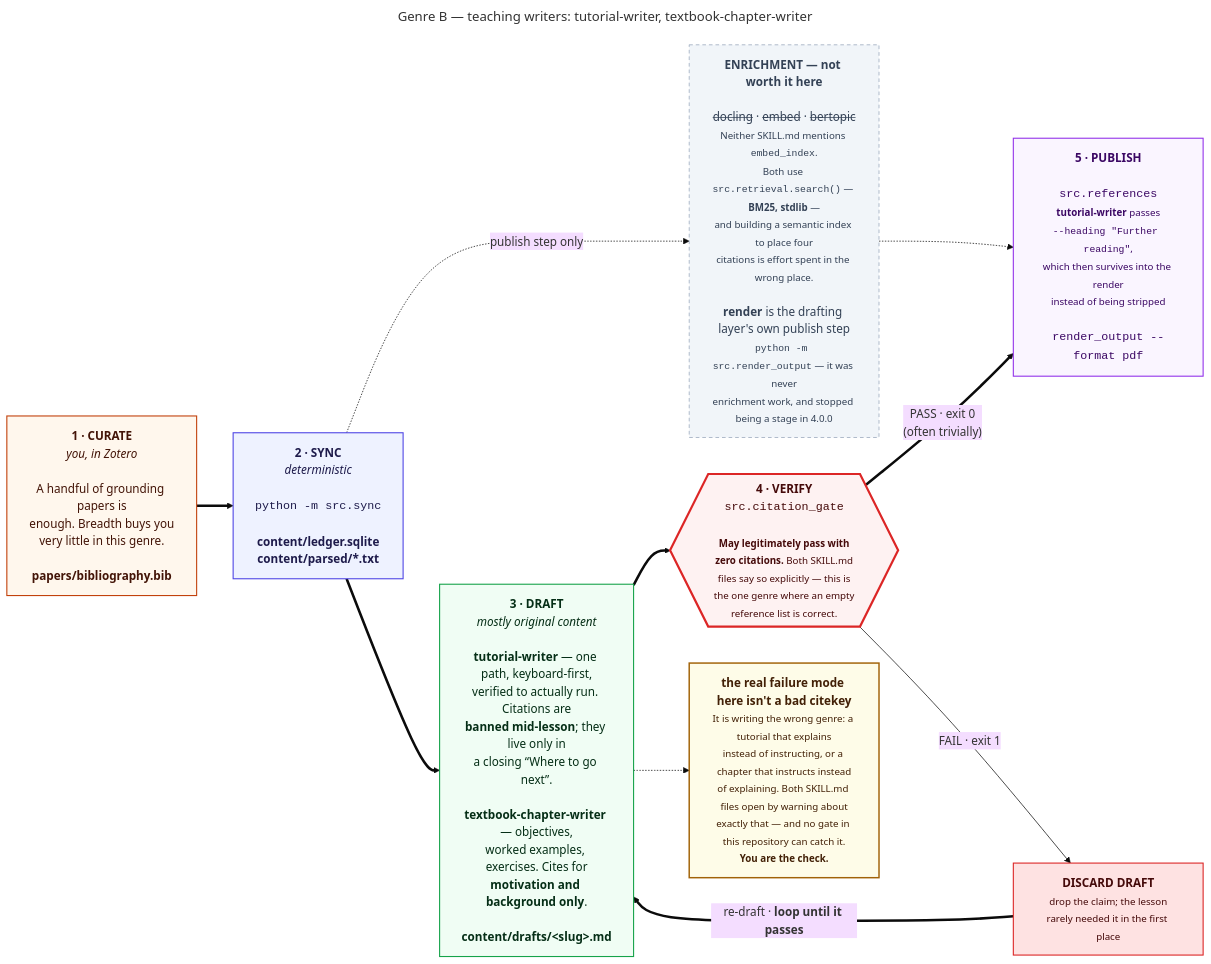
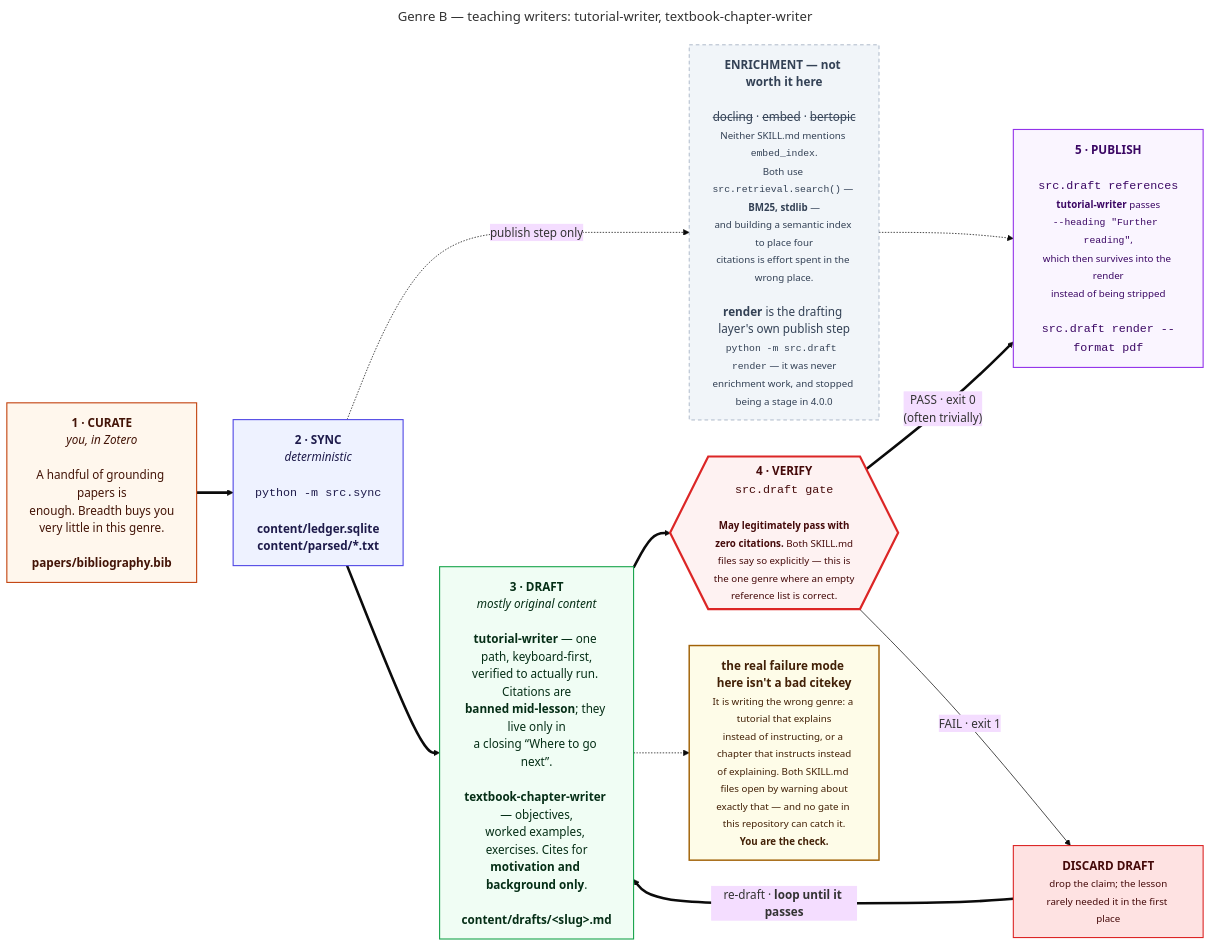
Before and after one commit to prasadtalasila/chitragupta: the diagram in docs/diagrams/g2-teaching.mmd, drawn with Mermaid (base theme). The commit also changed 66 other files, not shown here.

```diff
--- a/docs/diagrams/g2-teaching.mmd
+++ b/docs/diagrams/g2-teaching.mmd
@@ -1,46 +1,46 @@
 ---
 title: "Genre B — teaching writers: tutorial-writer, textbook-chapter-writer"
 ---
 flowchart LR
 
   P0["<b>1 · CURATE</b><br/><i>you, in Zotero</i><br/><br/>A handful of grounding papers is<br/>enough. Breadth buys you<br/>very little in this genre.<br/><br/><b>papers/bibliography.bib</b>"]
 
   P1["<b>2 · SYNC</b><br/><i>deterministic</i><br/><br/><code>python -m src.sync</code><br/><br/><b>content/ledger.sqlite</b><br/><b>content/parsed/*.txt</b>"]
 
-  HEAVY["<b>ENRICHMENT — not worth it here</b><br/><br/><s>docling</s> · <s>embed</s> · <s>bertopic</s><br/><small>Neither SKILL.md mentions <code>embed_index</code>.<br/>Both use <code>src.retrieval.search()</code> — <b>BM25, stdlib</b> —<br/>and building a semantic index to place four<br/>citations is effort spent in the wrong place.</small><br/><br/><b>render</b> is the drafting layer's own publish step<br/><small><code>python -m src.render_output</code> — it was never<br/>enrichment work, and stopped being a stage in 4.0.0</small>"]
+  HEAVY["<b>ENRICHMENT — not worth it here</b><br/><br/><s>docling</s> · <s>embed</s> · <s>bertopic</s><br/><small>Neither SKILL.md mentions <code>embed_index</code>.<br/>Both use <code>src.retrieval.search()</code> — <b>BM25, stdlib</b> —<br/>and building a semantic index to place four<br/>citations is effort spent in the wrong place.</small><br/><br/><b>render</b> is the drafting layer's own publish step<br/><small><code>python -m src.draft render</code> — it was never<br/>enrichment work, and stopped being a stage in 4.0.0</small>"]
 
   P2["<b>3 · DRAFT</b><br/><i>mostly original content</i><br/><br/><b>tutorial-writer</b> — one path, keyboard-first,<br/>verified to actually run. Citations are<br/><b>banned mid-lesson</b>; they live only in<br/>a closing “Where to go next”.<br/><br/><b>textbook-chapter-writer</b> — objectives,<br/>worked examples, exercises. Cites for<br/><b>motivation and background only</b>.<br/><br/><b>content/drafts/&lt;slug&gt;.md</b>"]
 
-  P3{{"<b>4 · VERIFY</b><br/><code>src.citation_gate</code><br/><br/><small><b>May legitimately pass with<br/>zero citations.</b> Both SKILL.md<br/>files say so explicitly — this is<br/>the one genre where an empty<br/>reference list is correct.</small>"}}
+  P3{{"<b>4 · VERIFY</b><br/><code>src.draft gate</code><br/><br/><small><b>May legitimately pass with<br/>zero citations.</b> Both SKILL.md<br/>files say so explicitly — this is<br/>the one genre where an empty<br/>reference list is correct.</small>"}}
 
   FIX["<b>DISCARD DRAFT</b><br/><small>drop the claim; the lesson<br/>rarely needed it in the first place</small>"]
 
-  P4["<b>5 · PUBLISH</b><br/><br/><code>src.references</code><br/><small><b>tutorial-writer</b> passes<br/><code>--heading &quot;Further reading&quot;</code>,<br/>which then survives into the render<br/>instead of being stripped</small><br/><br/><code>render_output --format pdf</code>"]
+  P4["<b>5 · PUBLISH</b><br/><br/><code>src.draft references</code><br/><small><b>tutorial-writer</b> passes<br/><code>--heading &quot;Further reading&quot;</code>,<br/>which then survives into the render<br/>instead of being stripped</small><br/><br/><code>src.draft render --format pdf</code>"]
 
   RISK["<b>the real failure mode here isn't a bad citekey</b><br/><small>It is writing the wrong genre: a tutorial that explains<br/>instead of instructing, or a chapter that instructs instead<br/>of explaining. Both SKILL.md files open by warning about<br/>exactly that — and no gate in this repository can catch it.<br/><b>You are the check.</b></small>"]
 
   P0 ==> P1 ==> P2 ==> P3
   P1 -. "publish step only" .-> HEAVY
   HEAVY -.-> P4
   P3 == "PASS · exit 0<br/>(often trivially)" ==> P4
   P3 -- "FAIL · exit 1" --> FIX
   FIX == "re-draft · <b>loop until it passes</b>" ==> P2
   P2 -.-> RISK
 
   classDef you fill:#fff7ed,stroke:#c2410c,stroke-width:1.5px,color:#431407
   classDef det fill:#eef2ff,stroke:#4f46e5,stroke-width:1.5px,color:#1e1b4b
   classDef gen fill:#f0fdf4,stroke:#16a34a,stroke-width:1.5px,color:#052e16
   classDef gate fill:#fef2f2,stroke:#dc2626,stroke-width:3px,color:#450a0a
   classDef out fill:#faf5ff,stroke:#9333ea,stroke-width:1.5px,color:#3b0764
   classDef bad fill:#fee2e2,stroke:#dc2626,stroke-width:1.5px,color:#450a0a
   classDef off fill:#f1f5f9,stroke:#94a3b8,stroke-dasharray:5 4,color:#334155
   classDef risk fill:#fefce8,stroke:#a16207,stroke-width:2px,color:#422006
 
   class P0 you
   class P1 det
   class P2 gen
   class P3 gate
   class P4 out
   class FIX bad
   class HEAVY off
   class RISK risk
```
